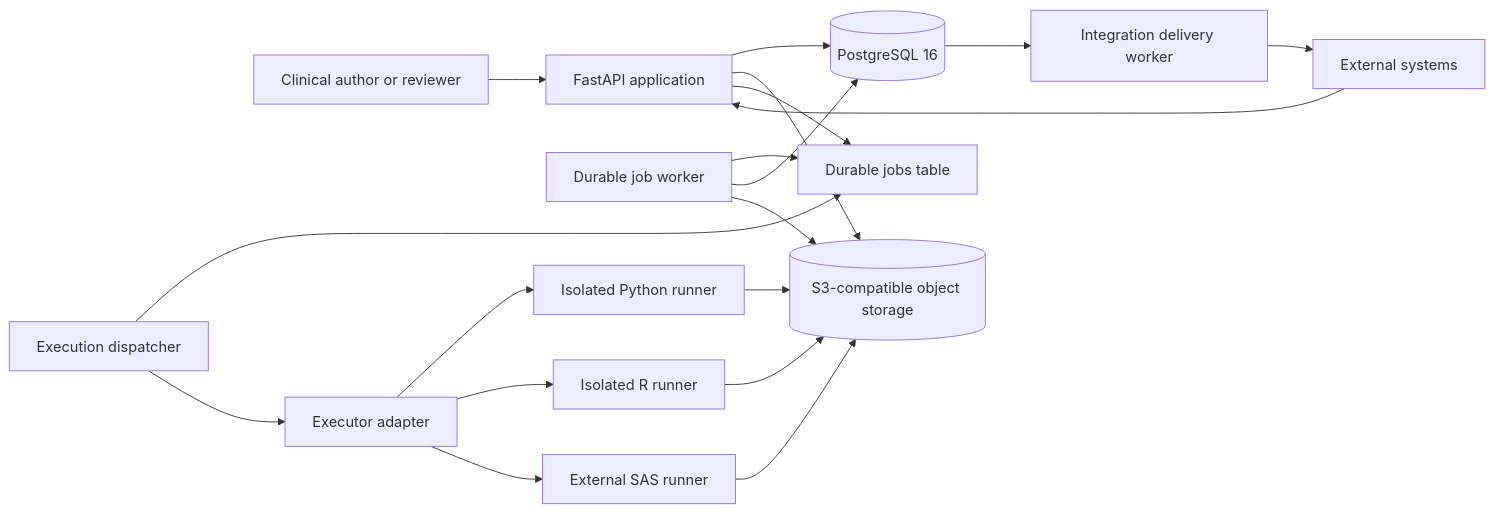
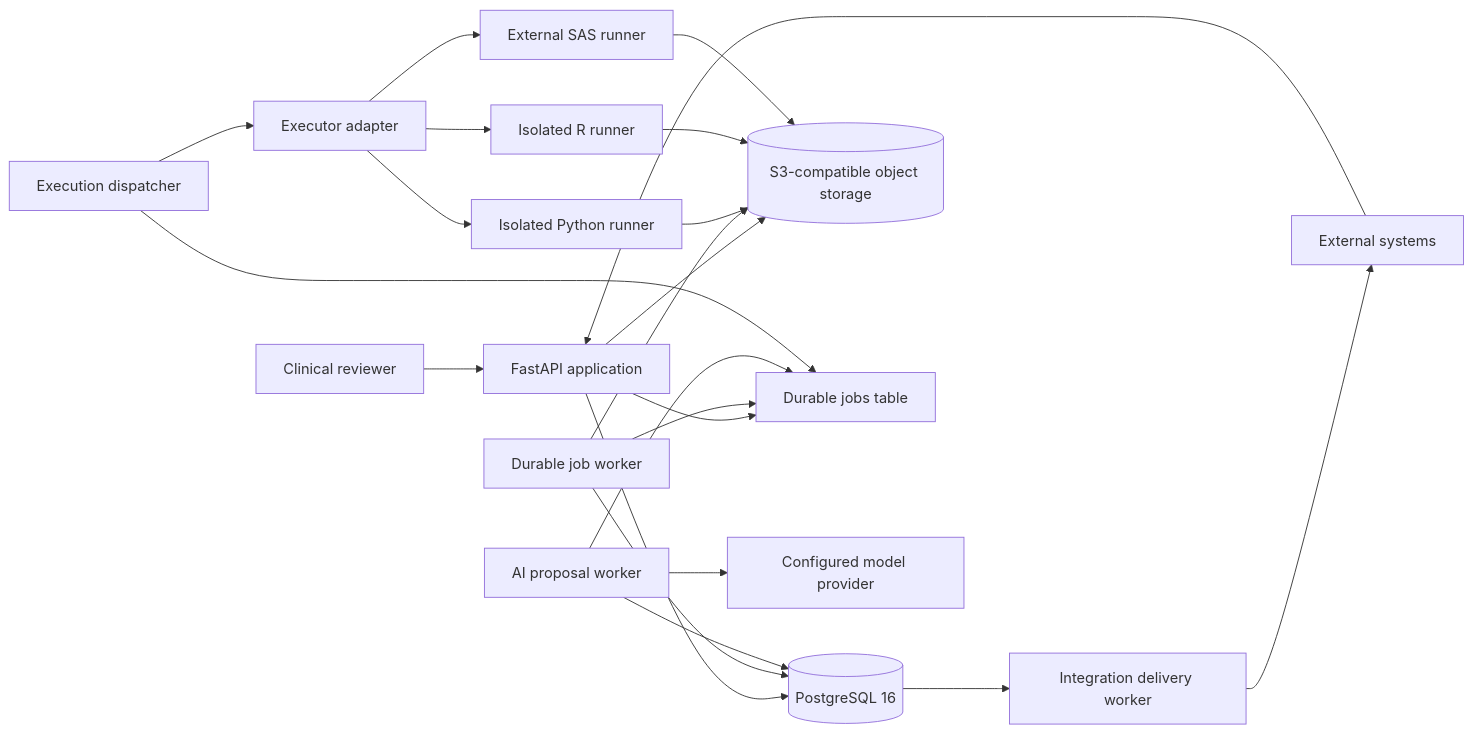
The first of 2 diagrams in docs/architecture.md (qingyuan1017/aurinara-program), drawn with Mermaid before and after one commit. The commit also changed other lines of this file and 108 other files, not shown here.

````diff
--- a/docs/architecture.md
+++ b/docs/architecture.md
@@ -45,21 +45,24 @@
 ```mermaid
 flowchart LR
-    User[Clinical author or reviewer] --> API[FastAPI application]
+    User[Clinical reviewer] --> API[FastAPI application]
     API --> PG[(PostgreSQL 16)]
     API --> S3[(S3-compatible object storage)]
     API --> Queue[Durable jobs table]
     Worker[Durable job worker] --> Queue
     Worker --> PG
     Worker --> S3
+    Assistance[AI proposal worker] --> Queue
+    Assistance --> Provider[Configured model provider]
+    Assistance --> PG
     Dispatcher[Execution dispatcher] --> Queue
     Dispatcher --> Executor[Executor adapter]
     Executor --> Py[Isolated Python runner]
     Executor --> R[Isolated R runner]
     Executor --> SAS[External SAS runner]
     External[External systems] --> API
     PG --> Delivery[Integration delivery worker]
     Delivery --> External
     Py --> S3
     R --> S3
     SAS --> S3
 ```
````
